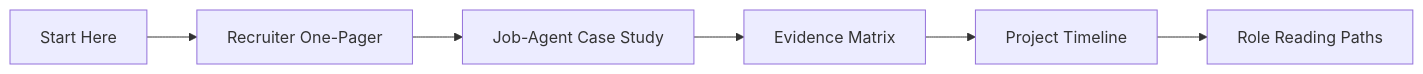
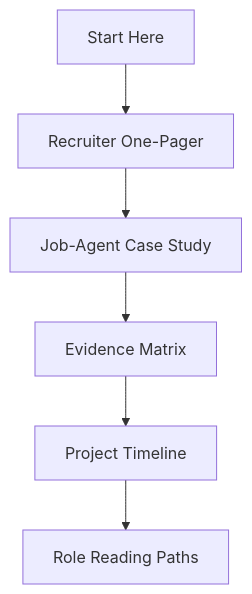
Before and after one commit to marcus-uden-dev/ai-native-proof-of-work: the diagram in NAVIGATION.md, drawn with Mermaid. The commit also changed 7 other files, not shown here.

Commit message:
Fix GitHub diagram rendering

````diff
--- a/NAVIGATION.md
+++ b/NAVIGATION.md
@@ -71,8 +71,8 @@
 ```mermaid
-flowchart LR
+flowchart TD
     A["Start Here"] --> B["Recruiter One-Pager"]
     B --> C["Job-Agent Case Study"]
     C --> D["Evidence Matrix"]
     D --> E["Project Timeline"]
     E --> F["Role Reading Paths"]
 ```
````
